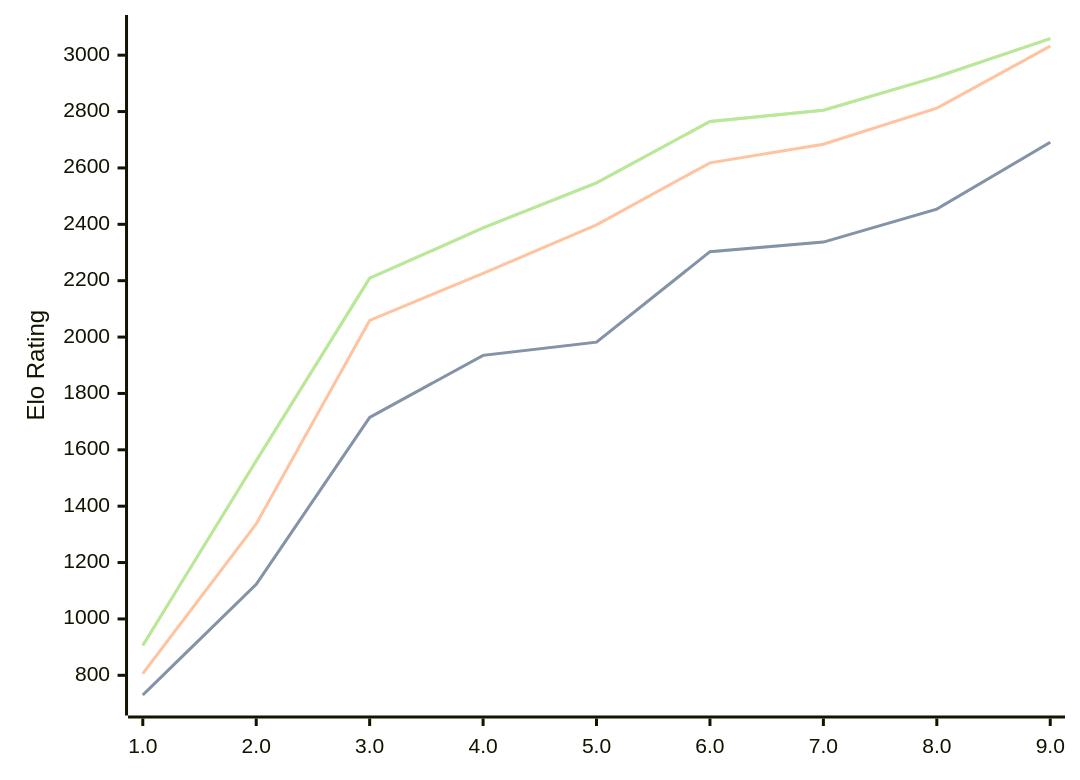
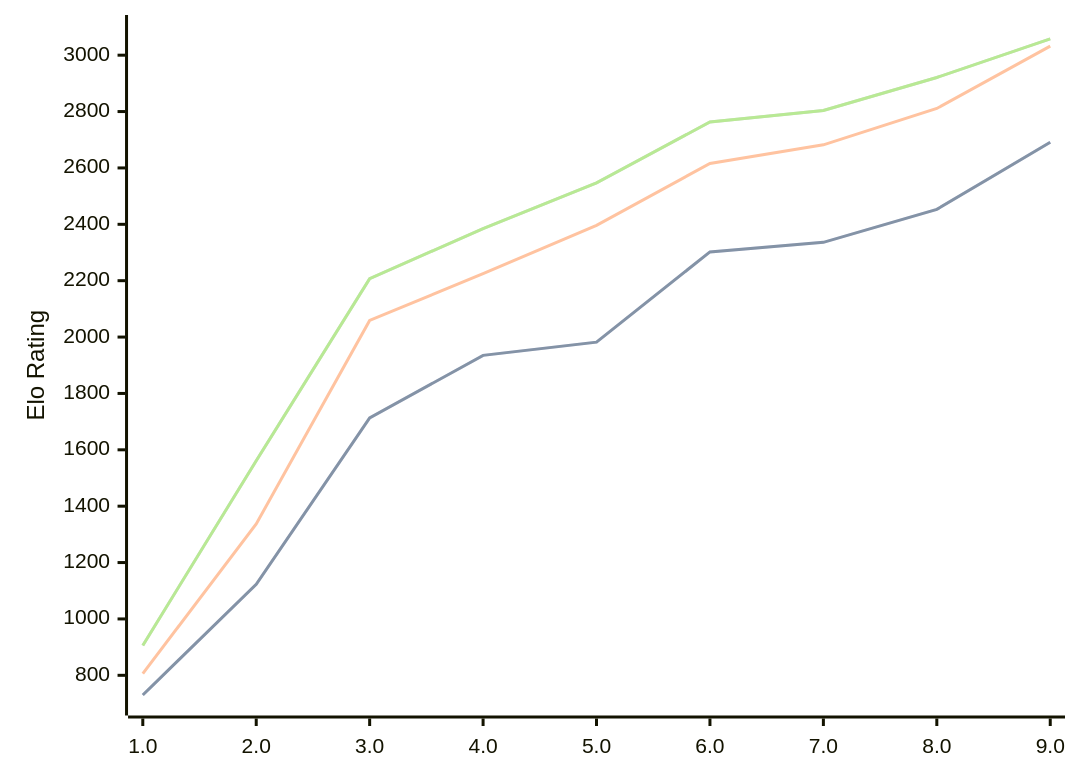
Before and after one commit to computer-chess-index/cci: the third of 3 diagrams in engines/Pea.md, drawn with Mermaid. The commit also changed other lines of this file, not shown here.

Commit message:
Update CCI Ratings (ELO VLTC) - 2026-07-15

````diff
--- a/engines/Pea.md
+++ b/engines/Pea.md
@@ -72,11 +72,11 @@
 ```mermaid
 %%{init: {"theme":"base","themeVariables":{"seriesColors:['#a3a3a3','#222221','#faa371']}}}%%
 xychart-beta
   x-axis ["1.0", "2.0", "3.0", "4.0", "5.0", "6.0", "7.0", "8.0", "9.0"]
   y-axis "Elo Rating" 700 --> 3100
-  line "STC (8.0+0.08s)" [730, 1123, 1715, 1935, 1982, 2303, 2337, 2454, 2691]
-  line "STC (8.0+0.08s)" [730, 1123, 1715, 1935, 1982, 2303, 2337, 2454, 2691]
-  line "LTC (60.0+0.60s)" [806, 1337, 2059, 2226, 2398, 2618, 2684, 2812, 3032]
-  line "VLTC (2m24s+1.12s)" [906, 1561, 2209, 2387, 2547, 2765, 2805, 2923, 3059]
-  line "VLTC (2m24s+1.12s)" [906, 1561, 2209, 2387, 2547, 2765, 2805, 2923, 3059]
+  line "STC (8.0+0.08s)" [730, 1123, 1713, 1935, 1982, 2302, 2336, 2453, 2691]
+  line "STC (8.0+0.08s)" [730, 1123, 1713, 1935, 1982, 2302, 2336, 2453, 2691]
+  line "LTC (60.0+0.60s)" [806, 1337, 2059, 2225, 2396, 2616, 2682, 2811, 3032]
+  line "VLTC (2m24s+1.12s)" [906, 1561, 2207, 2385, 2547, 2763, 2804, 2921, 3058]
+  line "VLTC (2m24s+1.12s)" [906, 1561, 2207, 2385, 2547, 2763, 2804, 2921, 3058]
 ```
````
